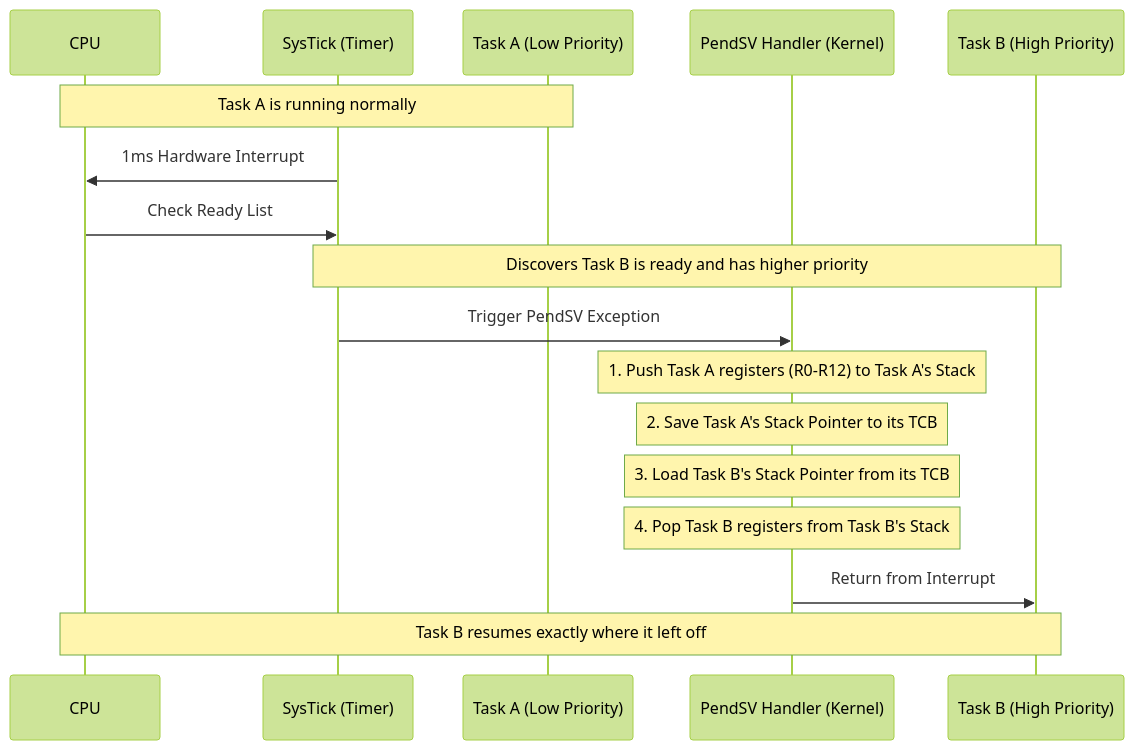
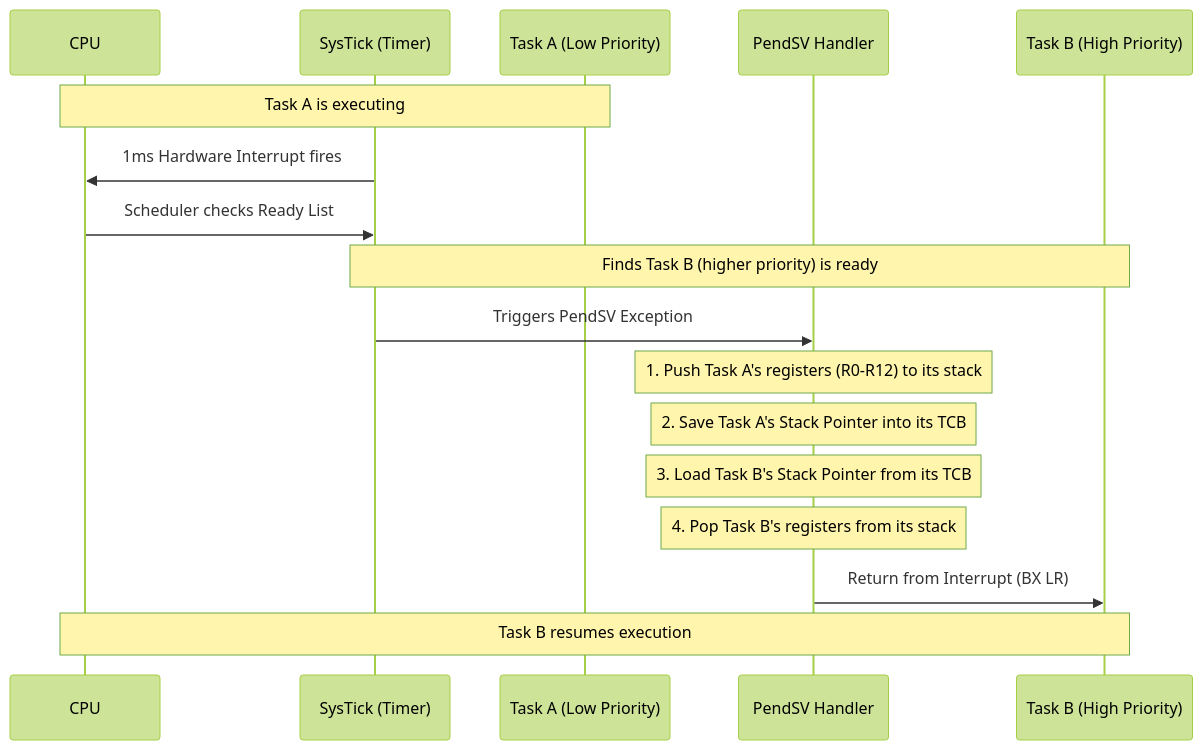
One commit to Pranay-Patil2006/Pranay_RTOS changed the second of 3 diagrams in README.md. Above: the diagram before and after it, drawn with Mermaid (forest theme). The commit also changed other lines of this file, not shown here.

````diff
--- a/README.md
+++ b/README.md
@@ -45,22 +49,22 @@
 ```mermaid
 sequenceDiagram
     participant CPU
     participant SysTick as SysTick (Timer)
     participant TaskA as Task A (Low Priority)
-    participant Kernel as PendSV Handler (Kernel)
+    participant Kernel as PendSV Handler
     participant TaskB as Task B (High Priority)
 
-    Note over CPU,TaskA: Task A is running normally
-    SysTick->>CPU: 1ms Hardware Interrupt
-    CPU->>SysTick: Check Ready List
-    Note over SysTick,TaskB: Discovers Task B is ready and has higher priority
-    SysTick->>Kernel: Trigger PendSV Exception
+    Note over CPU,TaskA: Task A is executing
+    SysTick->>CPU: 1ms Hardware Interrupt fires
+    CPU->>SysTick: Scheduler checks Ready List
+    Note over SysTick,TaskB: Finds Task B (higher priority) is ready
+    SysTick->>Kernel: Triggers PendSV Exception
     
-    Note over Kernel: 1. Push Task A registers (R0-R12) to Task A's Stack
-    Note over Kernel: 2. Save Task A's Stack Pointer to its TCB
+    Note over Kernel: 1. Push Task A's registers (R0-R12) to its stack
+    Note over Kernel: 2. Save Task A's Stack Pointer into its TCB
     Note over Kernel: 3. Load Task B's Stack Pointer from its TCB
-    Note over Kernel: 4. Pop Task B registers from Task B's Stack
+    Note over Kernel: 4. Pop Task B's registers from its stack
     
-    Kernel->>TaskB: Return from Interrupt
-    Note over CPU,TaskB: Task B resumes exactly where it left off
+    Kernel->>TaskB: Return from Interrupt (BX LR)
+    Note over CPU,TaskB: Task B resumes execution
 ```
````
